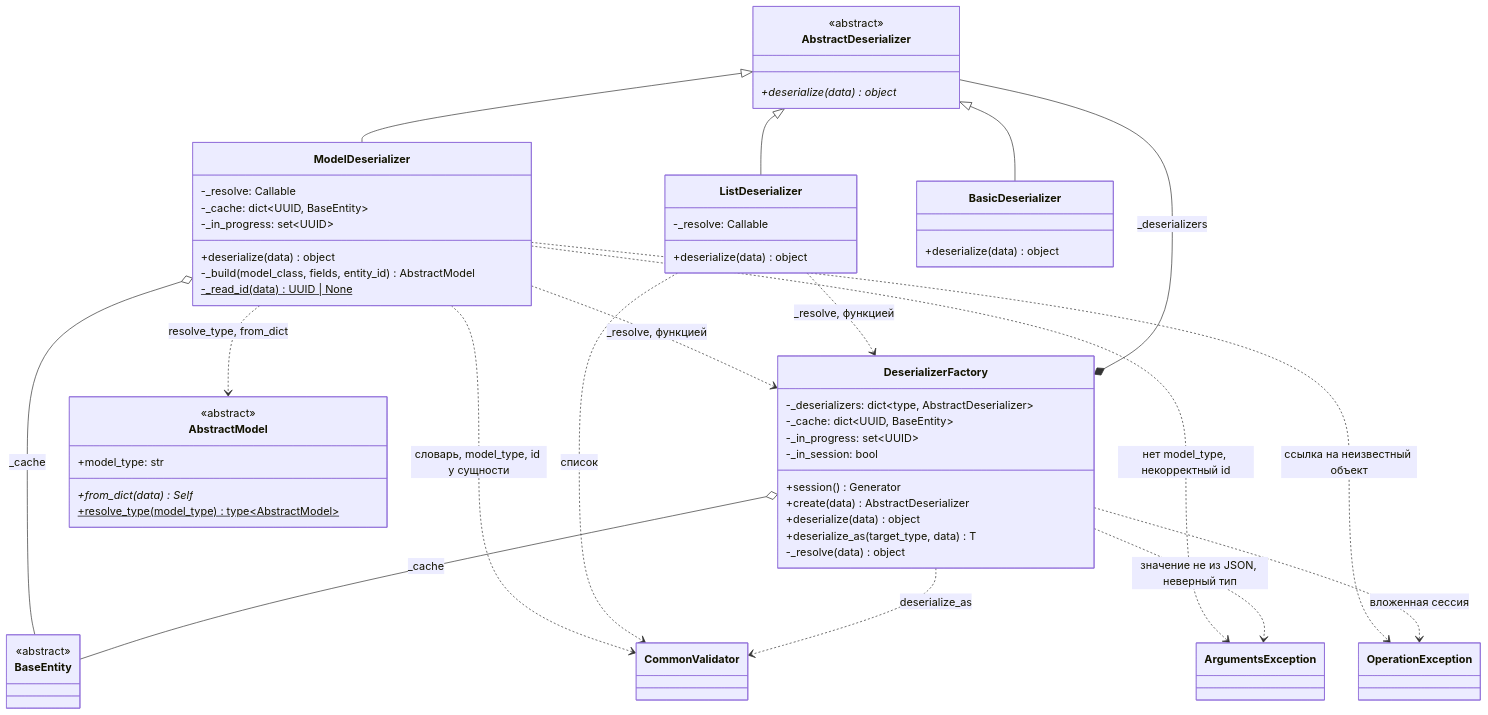
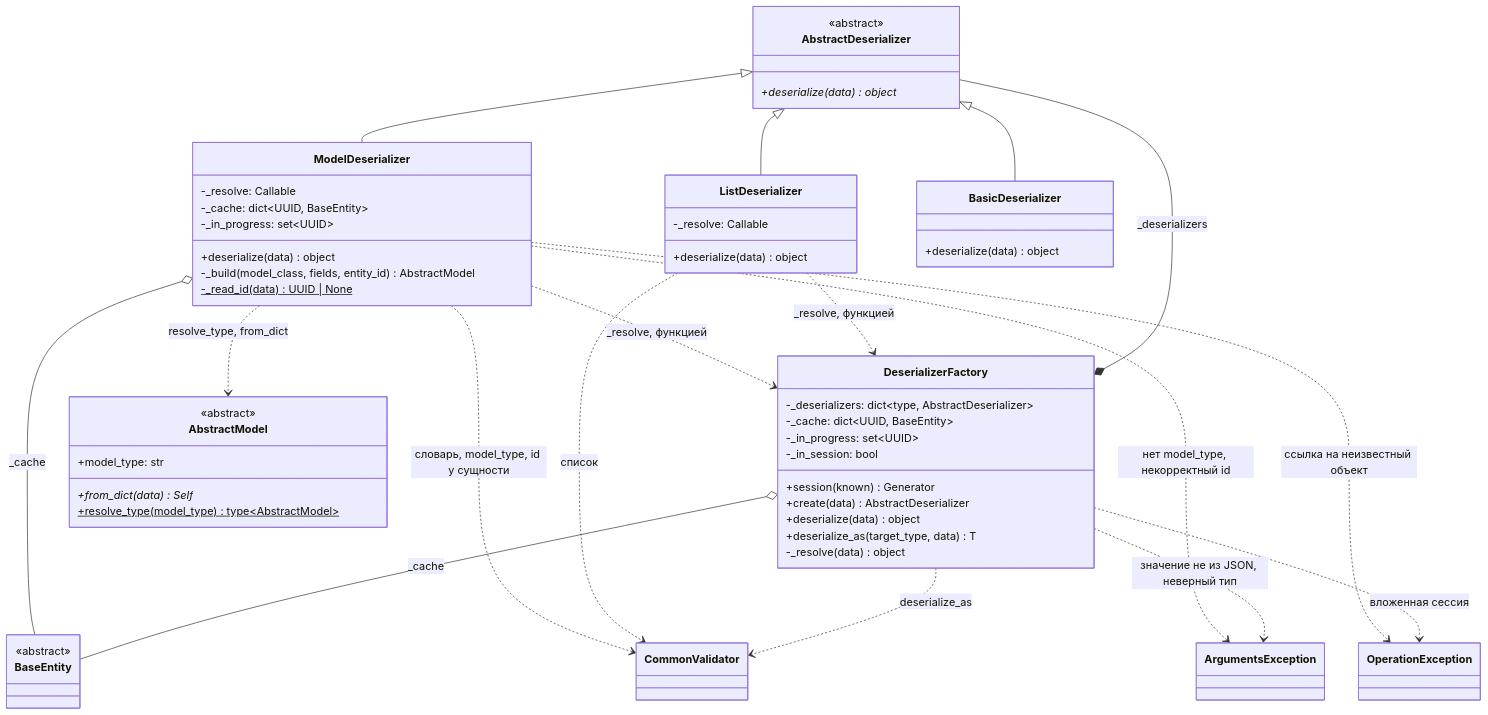
One commit to asutenshi/design-patterns changed the ninth of 9 diagrams in Docs/ClassDiagram.md. Above: the diagram before and after it, drawn with Mermaid. The commit also changed other lines of this file and 1 other file, not shown here.

Commit message:
docs: describe CRUD API and update class diagrams

````diff
--- a/Docs/ClassDiagram.md
+++ b/Docs/ClassDiagram.md
@@ -917,70 +968,70 @@
 ```mermaid
 classDiagram
     direction TB
 
     class AbstractDeserializer {
         <<abstract>>
         +deserialize(data)* object
     }
 
     class ModelDeserializer {
         -_resolve: Callable
         -_cache: dict~UUID, BaseEntity~
         -_in_progress: set~UUID~
         +deserialize(data) object
         -_build(model_class, fields, entity_id) AbstractModel
         -_read_id(data)$ UUID | None
     }
 
     class ListDeserializer {
         -_resolve: Callable
         +deserialize(data) object
     }
 
     class BasicDeserializer {
         +deserialize(data) object
     }
 
     class DeserializerFactory {
         -_deserializers: dict~type, AbstractDeserializer~
         -_cache: dict~UUID, BaseEntity~
         -_in_progress: set~UUID~
         -_in_session: bool
-        +session() Generator
+        +session(known) Generator
         +create(data) AbstractDeserializer
         +deserialize(data) object
         +deserialize_as(target_type, data) T
         -_resolve(data) object
     }
 
     class AbstractModel {
         <<abstract>>
         +model_type: str
         +from_dict(data)* Self
         +resolve_type(model_type)$ type~AbstractModel~
     }
     class BaseEntity {
         <<abstract>>
     }
     class CommonValidator
     class ArgumentsException
     class OperationException
 
     AbstractDeserializer <|-- ModelDeserializer
     AbstractDeserializer <|-- ListDeserializer
     AbstractDeserializer <|-- BasicDeserializer
 
     DeserializerFactory *-- AbstractDeserializer : _deserializers
     ModelDeserializer ..> DeserializerFactory : _resolve, функцией
     ListDeserializer ..> DeserializerFactory : _resolve, функцией
     ModelDeserializer ..> AbstractModel : resolve_type, from_dict
     ModelDeserializer o-- BaseEntity : _cache
     DeserializerFactory o-- BaseEntity : _cache
     ModelDeserializer ..> CommonValidator : словарь, model_type, id у сущности
     ListDeserializer ..> CommonValidator : список
     DeserializerFactory ..> CommonValidator : deserialize_as
     ModelDeserializer ..> ArgumentsException : нет model_type, некорректный id
     ModelDeserializer ..> OperationException : ссылка на неизвестный объект
     DeserializerFactory ..> ArgumentsException : значение не из JSON, неверный тип
     DeserializerFactory ..> OperationException : вложенная сессия
 ```
````
